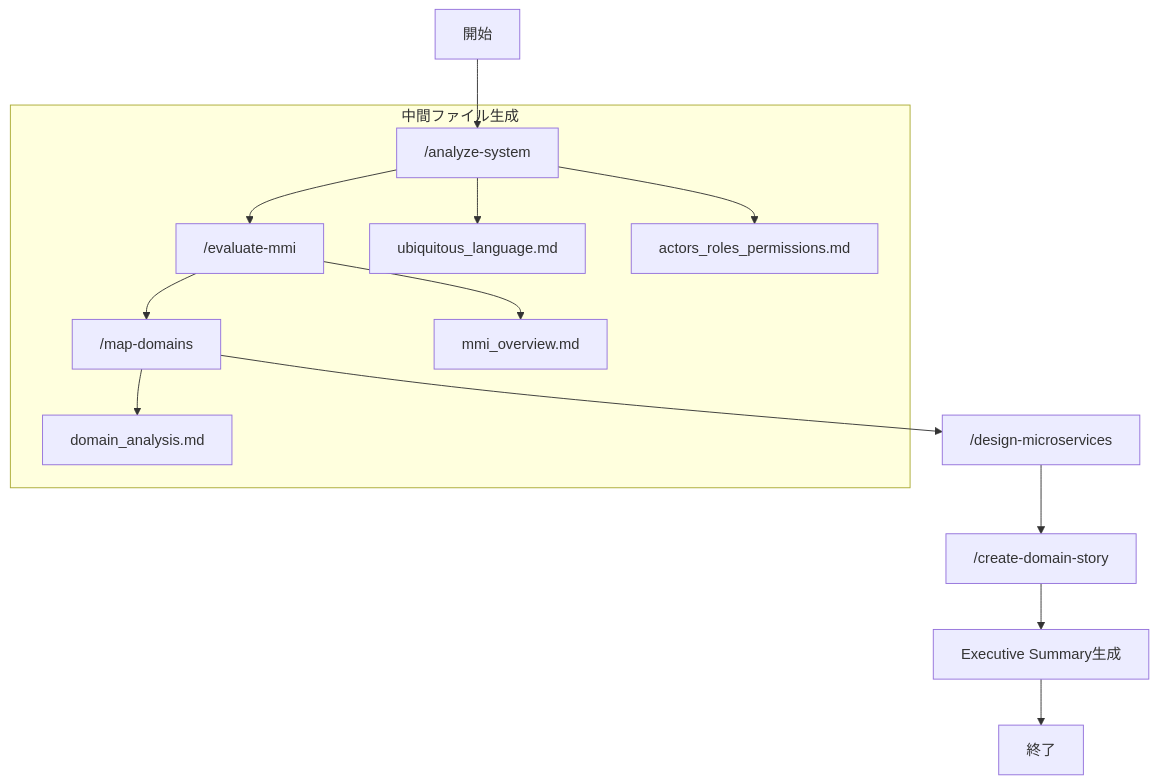
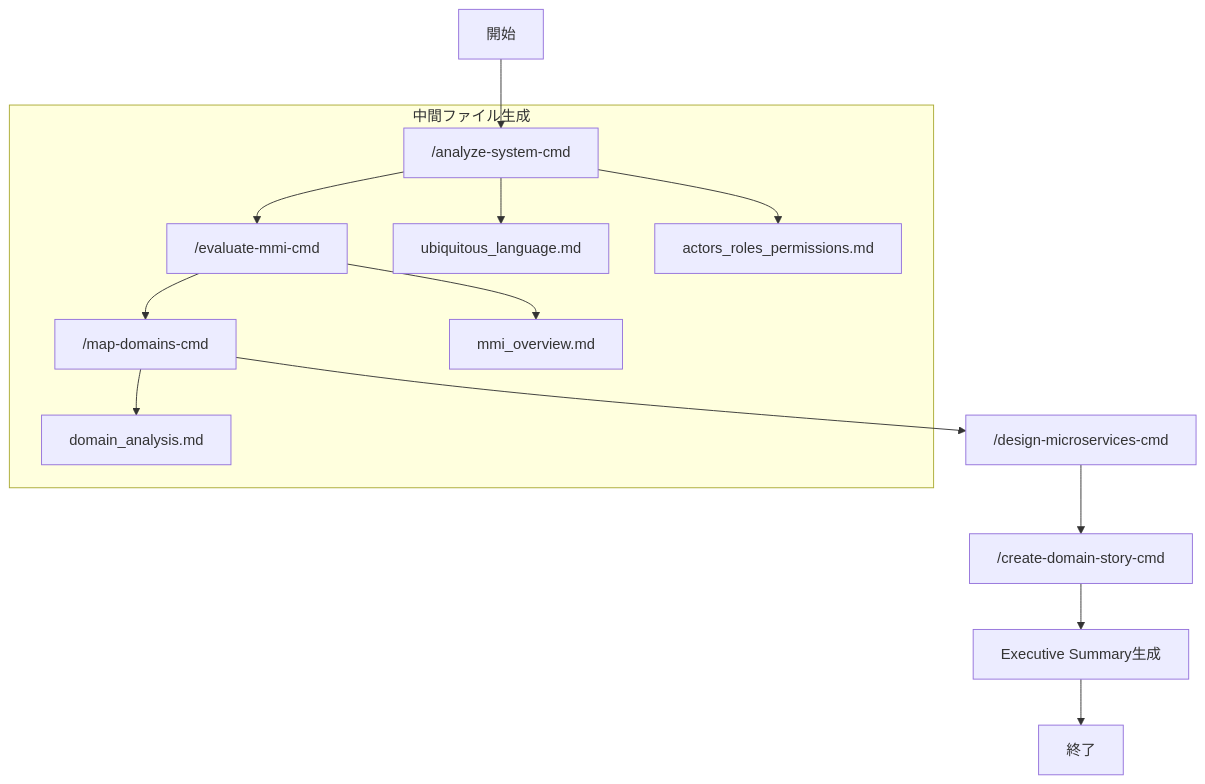
The diagram in README.md (wfukatsu/rearchitect-agent), drawn with Mermaid before and after one commit. The commit also changed other lines of this file, not shown here.

Commit message:
Fix command names in README.md: Add -cmd suffix to all commands

````diff
--- a/README.md
+++ b/README.md
@@ -193,17 +193,17 @@
 ```mermaid
 graph TD
-    A[開始] --> B["/analyze-system"]
-    B --> C["/evaluate-mmi"]
-    C --> D["/map-domains"]
-    D --> E["/design-microservices"]
-    E --> F["/create-domain-story"]
+    A[開始] --> B["/analyze-system-cmd"]
+    B --> C["/evaluate-mmi-cmd"]
+    C --> D["/map-domains-cmd"]
+    D --> E["/design-microservices-cmd"]
+    E --> F["/create-domain-story-cmd"]
     F --> G["Executive Summary生成"]
     G --> H["終了"]
 
     subgraph 中間ファイル生成
         B --> B1[ubiquitous_language.md]
         B --> B2[actors_roles_permissions.md]
         C --> C1[mmi_overview.md]
         D --> D1[domain_analysis.md]
     end
 ```
````
